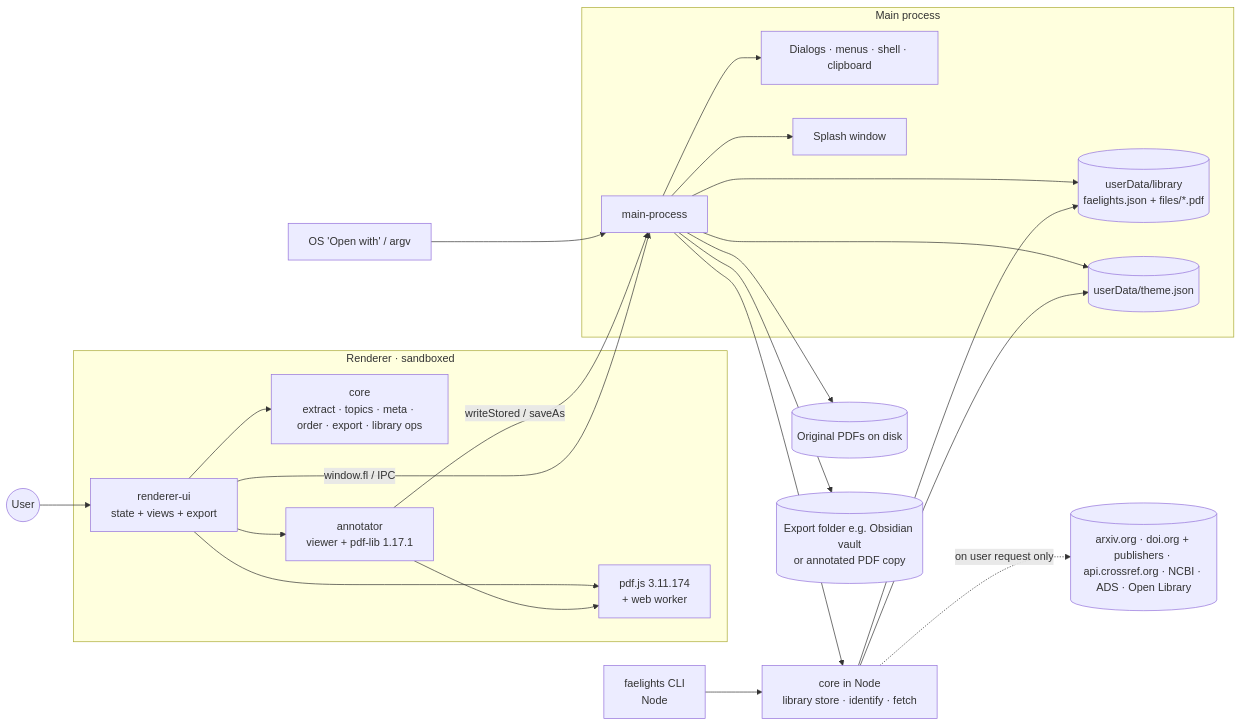
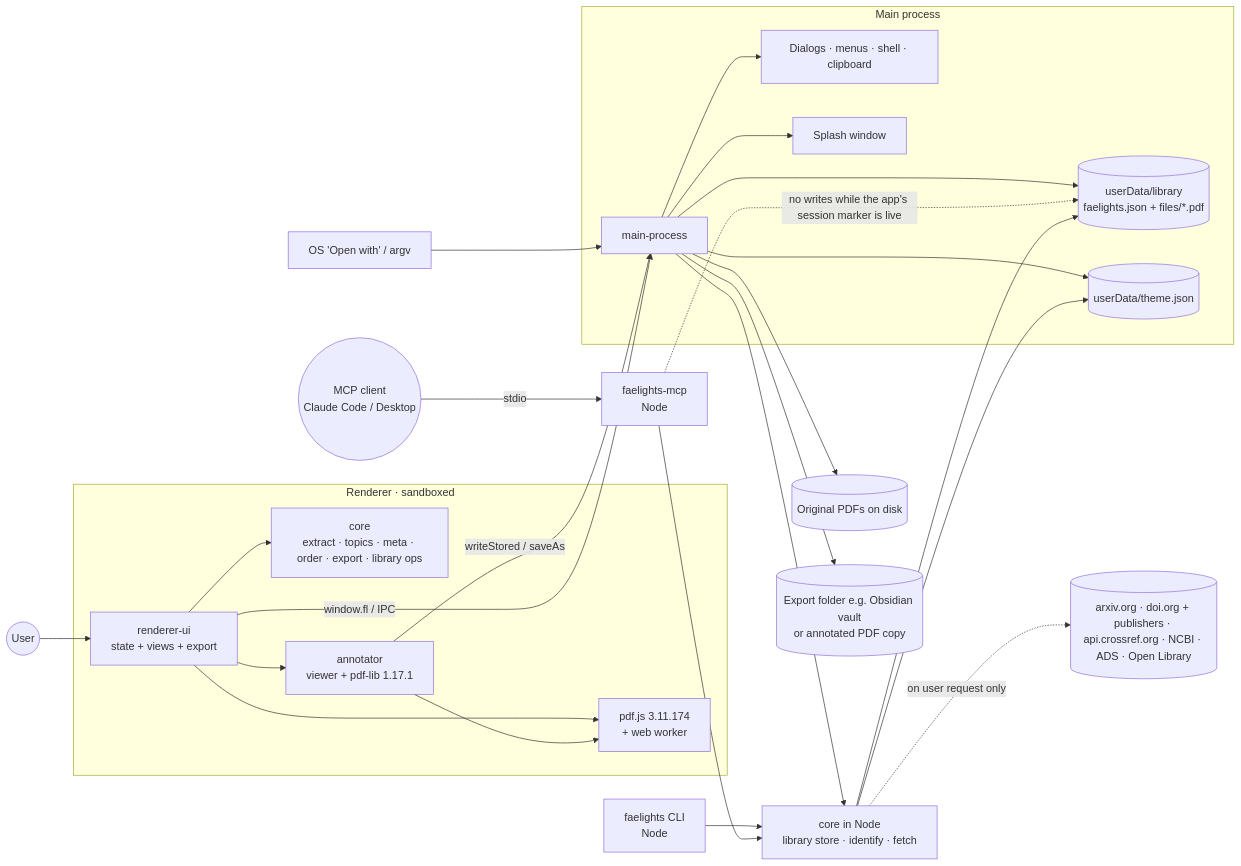
Before and after one commit to Lefarious/Faelights: the diagram in docs/PROJECT_COMPASS.md, drawn with Mermaid. The commit also changed other lines of this file and 8 other files, not shown here.

````diff
--- a/docs/PROJECT_COMPASS.md
+++ b/docs/PROJECT_COMPASS.md
@@ -23,26 +23,29 @@
 ```mermaid
 flowchart LR
   user((User)) --> UI
   subgraph Renderer [Renderer · sandboxed]
     UI[renderer-ui<br/>state + views + export] --> CORE[core<br/>extract · topics · meta · order · export · library ops]
     UI --> PDFJS[pdf.js 3.11.174<br/>+ web worker]
     UI --> ANN[annotator<br/>viewer + pdf-lib 1.17.1]
     ANN --> PDFJS
   end
   ANN -- writeStored / saveAs --> MAIN
   UI -- window.fl / IPC --> MAIN
   subgraph Main [Main process]
     MAIN[main-process] --> FS[(userData/library<br/>faelights.json + files/*.pdf)]
     MAIN --> OS[Dialogs · menus · shell · clipboard]
     MAIN --> SPLASH[Splash window]
     MAIN --> THEME[(userData/theme.json)]
   end
   OSOPEN[OS 'Open with' / argv] --> MAIN
   MAIN --> NCORE[core in Node<br/>library store · identify · fetch]
   CLI[faelights CLI<br/>Node] --> NCORE
+  MCPC((MCP client<br/>Claude Code / Desktop)) -- stdio --> MCP[faelights-mcp<br/>Node]
+  MCP --> NCORE
+  MCP -. no writes while the app's session marker is live .-> FS
   NCORE --> FS
   NCORE --> THEME
   NCORE -. on user request only .-> NET[(arxiv.org · doi.org + publishers · api.crossref.org · NCBI · ADS · Open Library)]
   MAIN --> SRC[(Original PDFs on disk)]
   MAIN --> EXPORT[(Export folder e.g. Obsidian vault<br/>or annotated PDF copy)]
 ```
````
